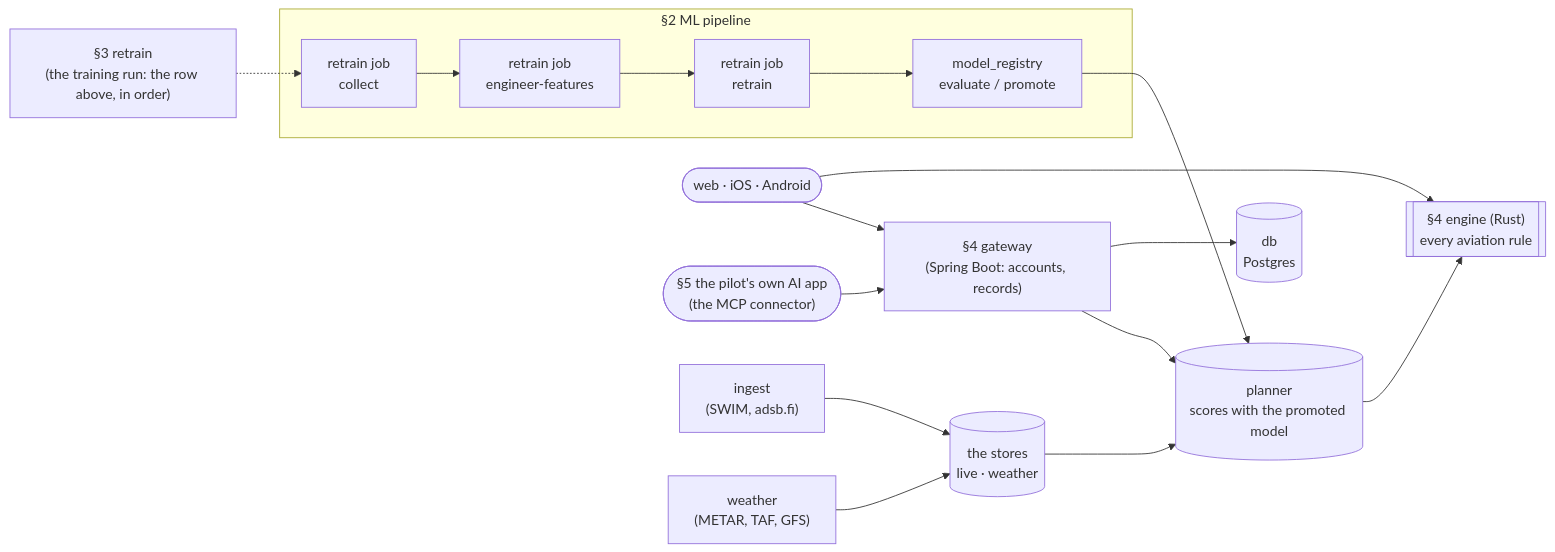
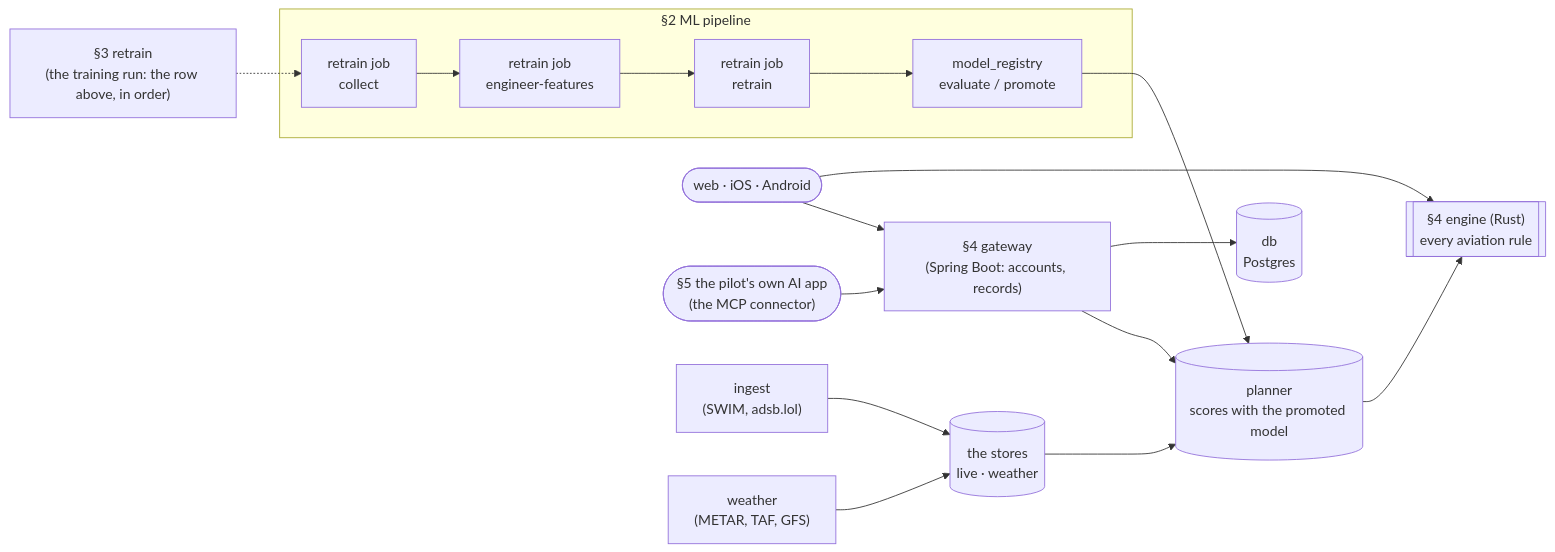
One commit to asdaq-samir/wingtip changed the first of 3 diagrams in docs/LEARNING-GUIDE.md. Above: the diagram before and after it, drawn with Mermaid. The commit also changed 296 other files, not shown here.

````diff
--- a/docs/LEARNING-GUIDE.md
+++ b/docs/LEARNING-GUIDE.md
@@ -42,23 +42,23 @@
 ```mermaid
 flowchart LR
     subgraph pipeline["§2 ML pipeline"]
         collect[retrain job<br/>collect] --> engineer[retrain job<br/>engineer-features]
         engineer --> retrain[retrain job<br/>retrain]
         retrain --> registry[model_registry<br/>evaluate / promote]
     end
     run["§3 retrain<br/>(the training run: the row above, in order)"] -.-> collect
 
     registry --> planner[("planner<br/>scores with the promoted model")]
 
     gateway["§4 gateway<br/>(Spring Boot: accounts, records)"] --> planner
     gateway --> db[("db<br/>Postgres")]
     planner --> engine[["§4 engine (Rust)<br/>every aviation rule"]]
     apps([web · iOS · Android]) --> gateway
     apps --> engine
 
     aiapp(["§5 the pilot's own AI app<br/>(the MCP connector)"]) --> gateway
-    ingest["ingest<br/>(SWIM, adsb.fi)"] --> stores[("the stores<br/>live · weather")]
+    ingest["ingest<br/>(SWIM, adsb.lol)"] --> stores[("the stores<br/>live · weather")]
     weatherSvc["weather<br/>(METAR, TAF, GFS)"] --> stores
     stores --> planner
 
 ```
````
